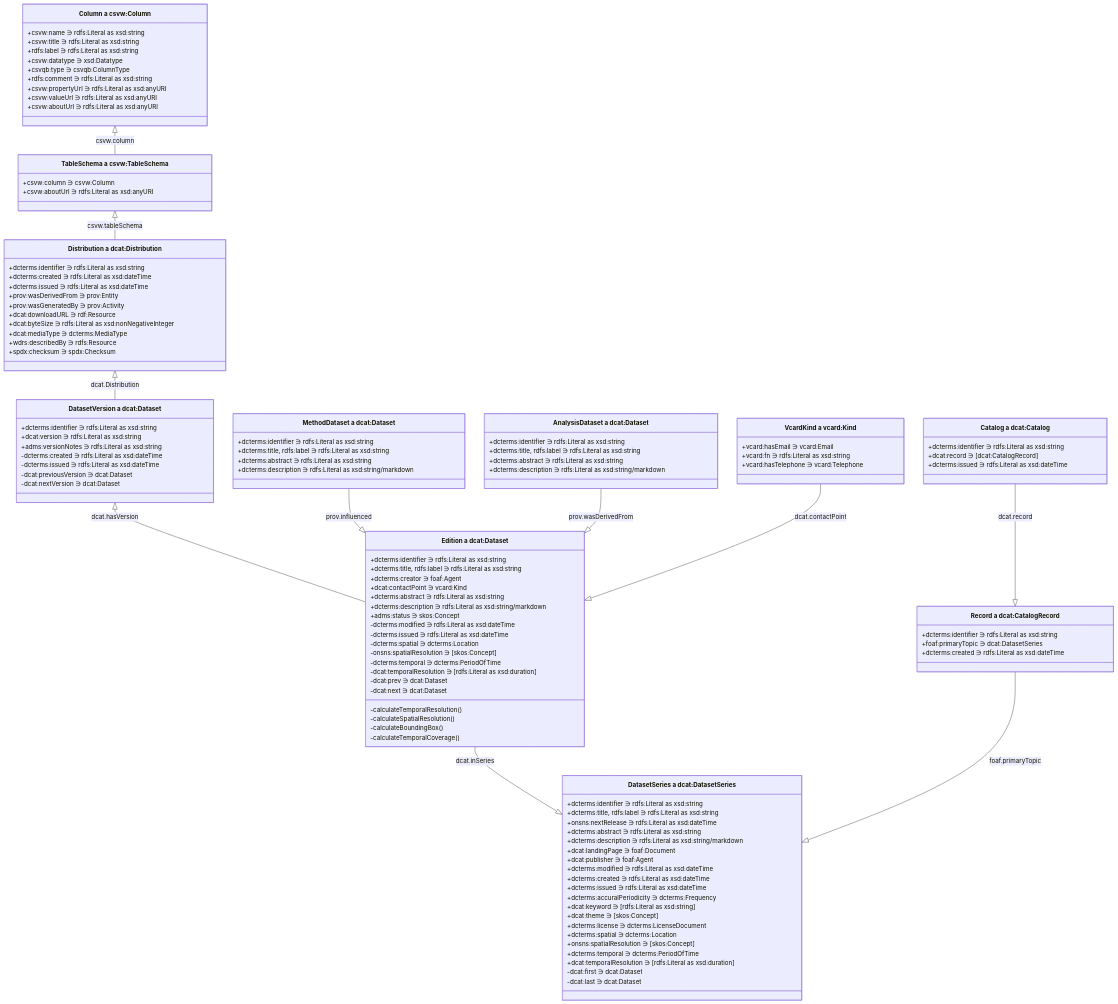
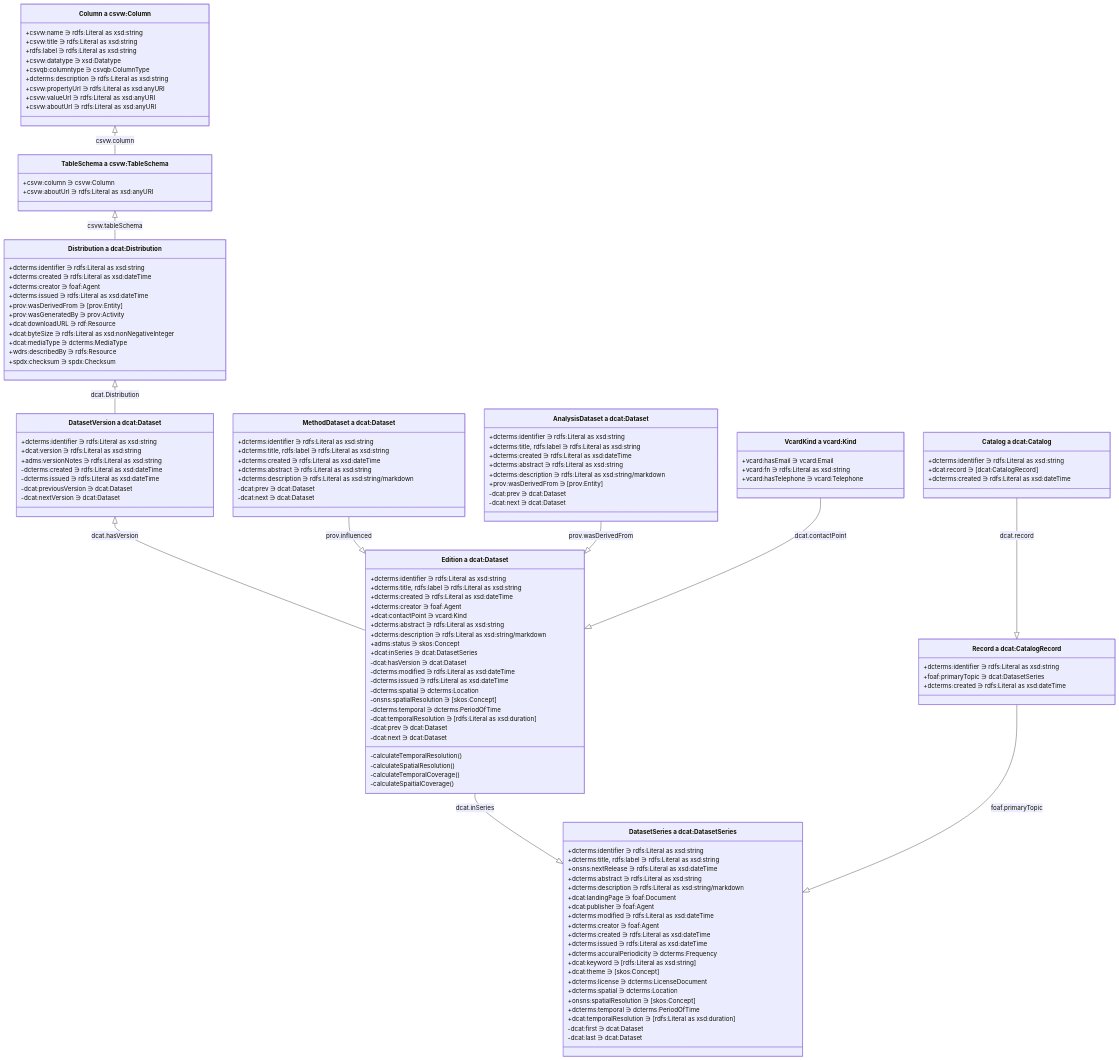
Before and after one commit to ONSdigital/application-profile: the diagram in worked-examples/json_ld_object_model.md, drawn with Mermaid. The commit also changed 4 other files, not shown here.

````diff
--- a/worked-examples/json_ld_object_model.md
+++ b/worked-examples/json_ld_object_model.md
@@ -18,7 +18,7 @@
 class Catalog["Catalog a dcat:Catalog"] {
     +dcterms:identifier ∋ rdfs:Literal as xsd:string
     +dcat:record ∋ [dcat:CatalogRecord]
-    +dcterms:issued ∋ rdfs:Literal as xsd:dateTime
+    +dcterms:created ∋ rdfs:Literal as xsd:dateTime
 }
 
 class CatalogRecord["Record a dcat:CatalogRecord"] {
@@ -37,8 +37,8 @@
     +csvw:title ∋ rdfs:Literal as xsd:string
     +rdfs:label ∋ rdfs:Literal as xsd:string
     +csvw:datatype ∋ xsd:Datatype
-    +csvqb:type ∋ csvqb:ColumnType
-    +rdfs:comment ∋ rdfs:Literal as xsd:string
+    +csvqb:columntype ∋ csvqb:ColumnType
+    +dcterms:description ∋ rdfs:Literal as xsd:string
     +csvw:propertyUrl ∋ rdfs:Literal as xsd:anyURI
     +csvw:valueUrl ∋ rdfs:Literal as xsd:anyURI
     +csvw:aboutUrl ∋ rdfs:Literal as xsd:anyURI
@@ -47,11 +47,14 @@
 class Edition["Edition a dcat:Dataset"] {
     +dcterms:identifier ∋ rdfs:Literal as xsd:string
     +dcterms:title, rdfs:label ∋ rdfs:Literal as xsd:string
+    +dcterms:created ∋ rdfs:Literal as xsd:dateTime
     +dcterms:creator ∋ foaf:Agent
     +dcat:contactPoint ∋ vcard:Kind
     +dcterms:abstract ∋ rdfs:Literal as xsd:string
     +dcterms:description ∋ rdfs:Literal as xsd:string/markdown
     +adms:status ∋ skos:Concept
+    +dcat:inSeries ∋ dcat:DatasetSeries
+    -dcat:hasVersion ∋ dcat:Dataset
     -dcterms:modified ∋ rdfs:Literal as xsd:dateTime
     -dcterms:issued ∋ rdfs:Literal as xsd:dateTime
     -dcterms:spatial ∋ dcterms:Location
@@ -62,8 +65,8 @@
     -dcat:next ∋ dcat:Dataset
     -calculateTemporalResolution()
     -calculateSpatialResolution()
-    -calculateBoundingBox()
-    -calculateTemporalCoverage()    
+    -calculateTemporalCoverage() 
+    -calculateSpaitialCoverage()   
 }
 
 class VcardKind["VcardKind a vcard:Kind"] {
@@ -75,8 +78,9 @@
 class Distribution["Distribution a dcat:Distribution"] {
     +dcterms:identifier ∋ rdfs:Literal as xsd:string
     +dcterms:created ∋ rdfs:Literal as xsd:dateTime
+    +dcterms:creator ∋ foaf:Agent
     +dcterms:issued ∋ rdfs:Literal as xsd:dateTime
-    +prov:wasDerivedFrom ∋ prov:Entity
+    +prov:wasDerivedFrom ∋ [prov:Entity]
     +prov:wasGeneratedBy ∋ prov:Activity
     +dcat:downloadURL ∋ rdf:Resource
     +dcat:byteSize ∋ rdfs:Literal as xsd:nonNegativeInteger
@@ -105,6 +109,7 @@
     +dcat:landingPage ∋ foaf:Document
     +dcat:publisher ∋ foaf:Agent
     +dcterms:modified ∋ rdfs:Literal as xsd:dateTime
+    +dcterms:creator ∋ foaf:Agent
     +dcterms:created ∋ rdfs:Literal as xsd:dateTime
     +dcterms:issued ∋ rdfs:Literal as xsd:dateTime
     +dcterms:accuralPeriodicity ∋ dcterms:Frequency
@@ -123,14 +128,21 @@
 class MethodDataset["MethodDataset a dcat:Dataset"]{
     +dcterms:identifier ∋ rdfs:Literal as xsd:string
     +dcterms:title, rdfs:label ∋ rdfs:Literal as xsd:string
+    +dcterms:created ∋ rdfs:Literal as xsd:dateTime
     +dcterms:abstract ∋ rdfs:Literal as xsd:string
     +dcterms:description ∋ rdfs:Literal as xsd:string/markdown
+    -dcat:prev ∋ dcat:Dataset
+    -dcat:next ∋ dcat:Dataset
 }
 
 class AnalysisDataset["AnalysisDataset a dcat:Dataset"] {
     +dcterms:identifier ∋ rdfs:Literal as xsd:string
     +dcterms:title, rdfs:label ∋ rdfs:Literal as xsd:string
+    +dcterms:created ∋ rdfs:Literal as xsd:dateTime
     +dcterms:abstract ∋ rdfs:Literal as xsd:string
     +dcterms:description ∋ rdfs:Literal as xsd:string/markdown
+    +prov:wasDerivedFrom ∋ [prov:Entity]
+    -dcat:prev ∋ dcat:Dataset
+    -dcat:next ∋ dcat:Dataset
 }
 ```
````
